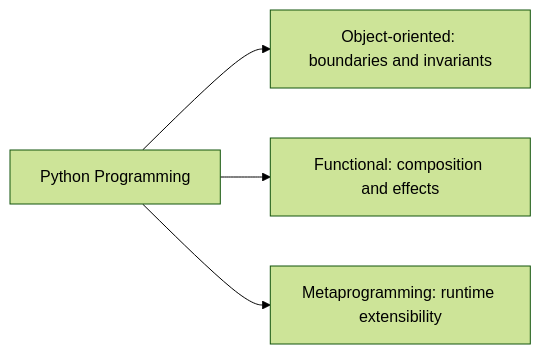
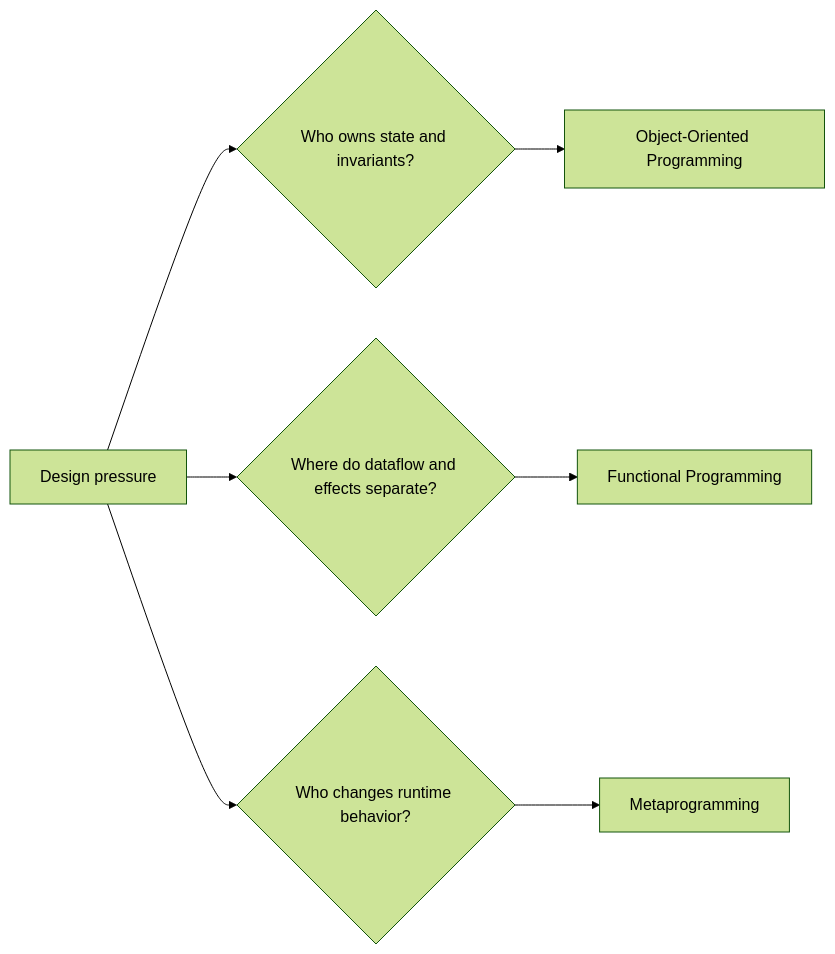
One commit to bijux/bijux.github.io changed the first of 3 diagrams in docs/05-learning/python-programming/index.md. Above: the diagram before and after it, drawn with Mermaid (forest theme). The commit also changed other lines of this file and 2 other files, not shown here.

Commit message:
docs(learning): route programs by system pressure and proof

````diff
--- a/docs/05-learning/python-programming/index.md
+++ b/docs/05-learning/python-programming/index.md
@@ -41,6 +31,9 @@
 ```mermaid
-graph LR
-    program["Python Programming"] --> oop["Object-oriented: boundaries and invariants"]
-    program --> fp["Functional: composition and effects"]
-    program --> meta["Metaprogramming: runtime extensibility"]
+flowchart LR
+    pressure["Design pressure"] --> state{"Who owns state and invariants?"}
+    pressure --> effects{"Where do dataflow and effects separate?"}
+    pressure --> runtime{"Who changes runtime behavior?"}
+    state --> oop["Object-Oriented Programming"]
+    effects --> fp["Functional Programming"]
+    runtime --> meta["Metaprogramming"]
 ```
````
